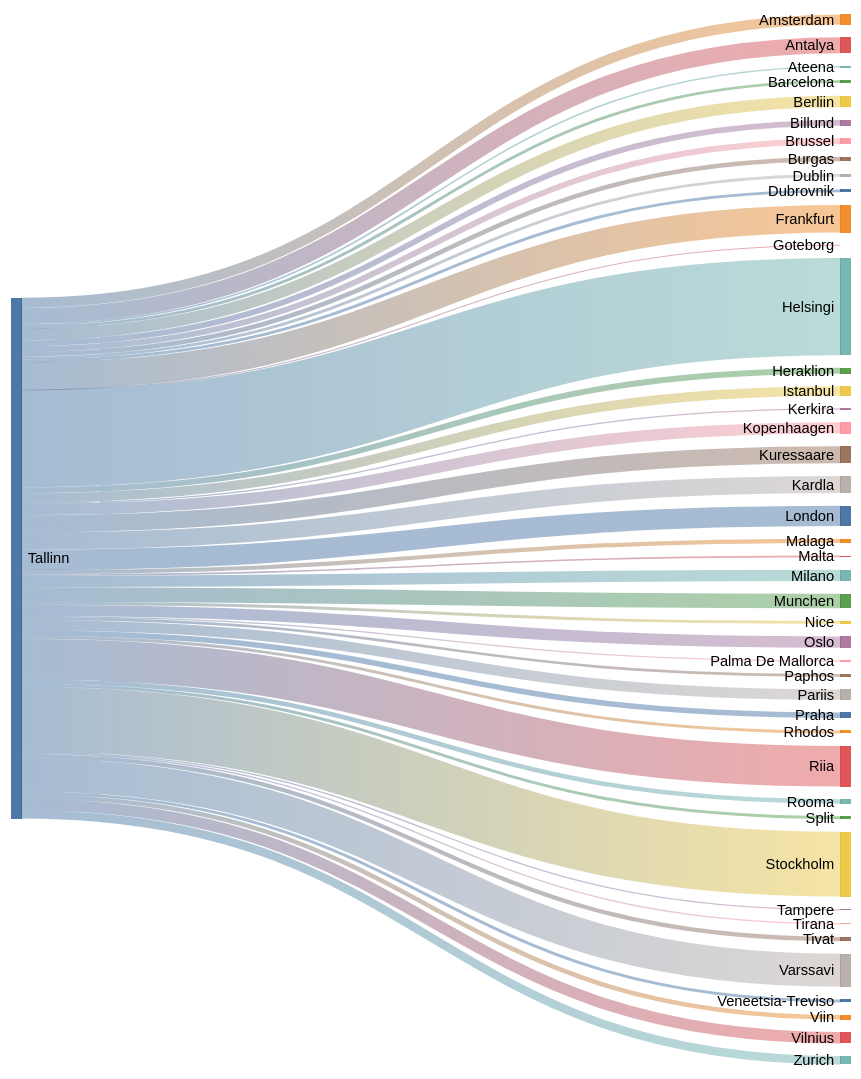
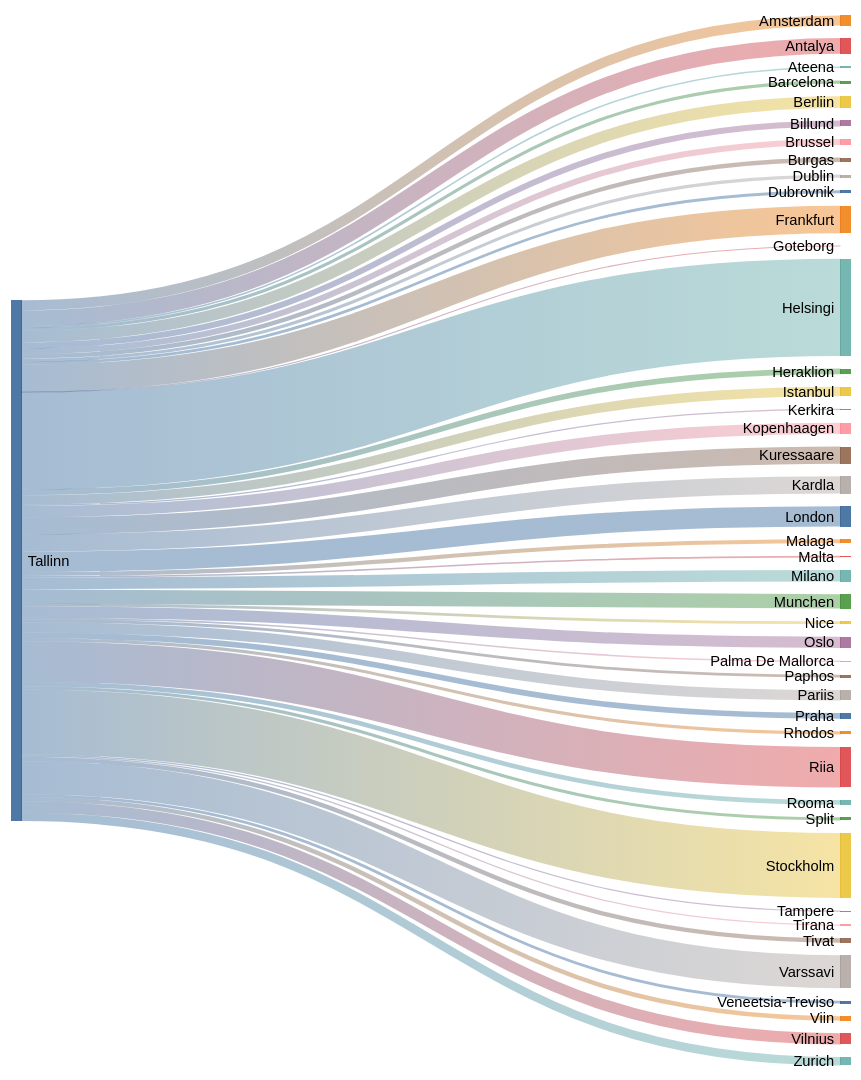
Before and after one commit to rainermesi/tll-airport-departures: the second of 2 diagrams in README.md, drawn with Mermaid (forest theme). The commit also changed other lines of this file, not shown here.

````diff
--- a/README.md
+++ b/README.md
@@ -34,56 +34,56 @@
 ```mermaid
 ---
 config:
   sankey:
     showValues: false
     width: 800
     height: 1000
 ---
 sankey-beta
 %% source,target,value
-Tallinn,Amsterdam,31
+Tallinn,Amsterdam,32
 Tallinn,Antalya,50
 Tallinn,Ateena,5
-Tallinn,Barcelona,9
-Tallinn,Berliin,36
-Tallinn,Billund,18
-Tallinn,Brussel,18
+Tallinn,Barcelona,10
+Tallinn,Berliin,37
+Tallinn,Billund,19
+Tallinn,Brussel,19
 Tallinn,Burgas,14
-Tallinn,Dublin,9
+Tallinn,Dublin,10
 Tallinn,Dubrovnik,9
-Tallinn,Frankfurt,85
+Tallinn,Frankfurt,88
 Tallinn,Goteborg,1
-Tallinn,Helsingi,300
+Tallinn,Helsingi,310
 Tallinn,Heraklion,18
-Tallinn,Istanbul,29
+Tallinn,Istanbul,30
 Tallinn,Kerkira,4
-Tallinn,Kopenhaagen,35
-Tallinn,Kuressaare,53
-Tallinn,Kardla,53
-Tallinn,London,63
+Tallinn,Kopenhaagen,36
+Tallinn,Kuressaare,55
+Tallinn,Kardla,55
+Tallinn,London,65
 Tallinn,Malaga,13
 Tallinn,Malta,5
-Tallinn,Milano,35
-Tallinn,Munchen,45
+Tallinn,Milano,37
+Tallinn,Munchen,46
 Tallinn,Nice,9
-Tallinn,Oslo,35
-Tallinn,Palma De Mallorca,4
-Tallinn,Paphos,8
-Tallinn,Pariis,32
-Tallinn,Praha,17
-Tallinn,Rhodos,9
-Tallinn,Riia,125
-Tallinn,Rooma,14
-Tallinn,Split,9
-Tallinn,Stockholm,200
+Tallinn,Oslo,36
+Tallinn,Palma De Mallorca,5
+Tallinn,Paphos,9
+Tallinn,Pariis,33
+Tallinn,Praha,18
+Tallinn,Rhodos,10
+Tallinn,Riia,129
+Tallinn,Rooma,15
+Tallinn,Split,10
+Tallinn,Stockholm,207
 Tallinn,Tampere,4
 Tallinn,Tirana,4
-Tallinn,Tivat,13
-Tallinn,Varssavi,102
+Tallinn,Tivat,14
+Tallinn,Varssavi,105
 Tallinn,Veneetsia-Treviso,9
 Tallinn,Viin,14
-Tallinn,Vilnius,35
-Tallinn,Zurich,26
+Tallinn,Vilnius,36
+Tallinn,Zurich,27
 
 
 ```
````
